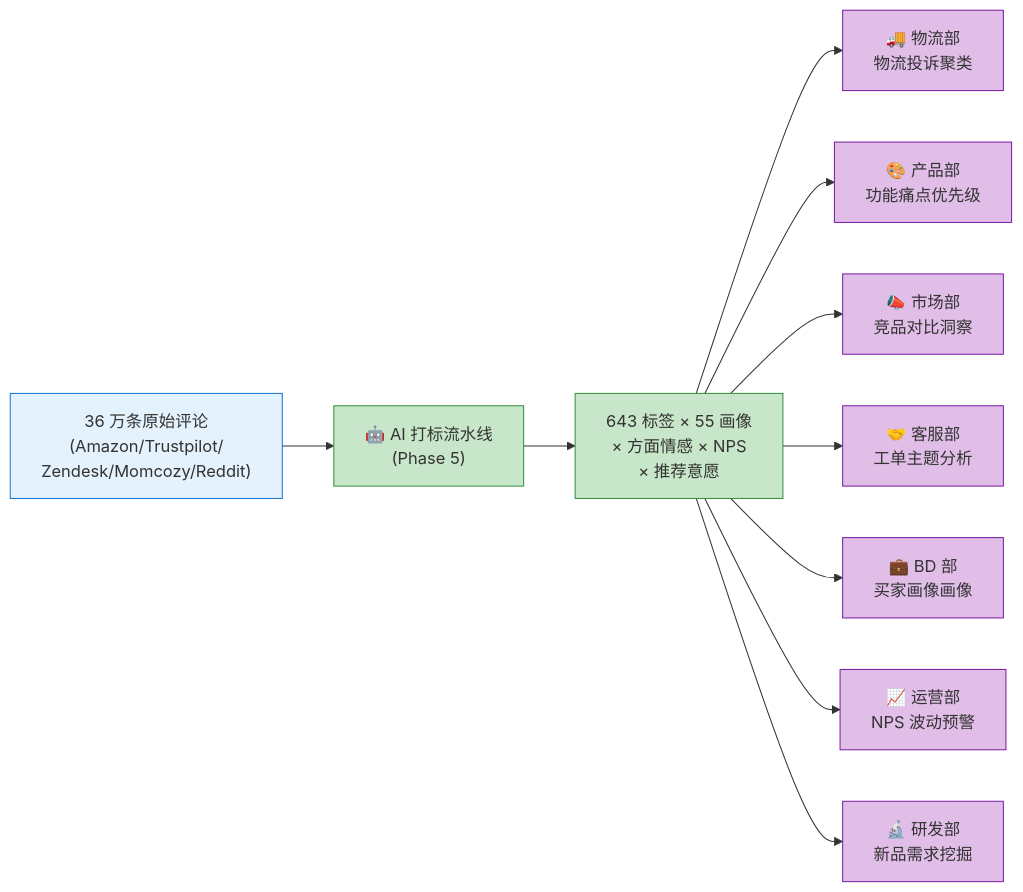
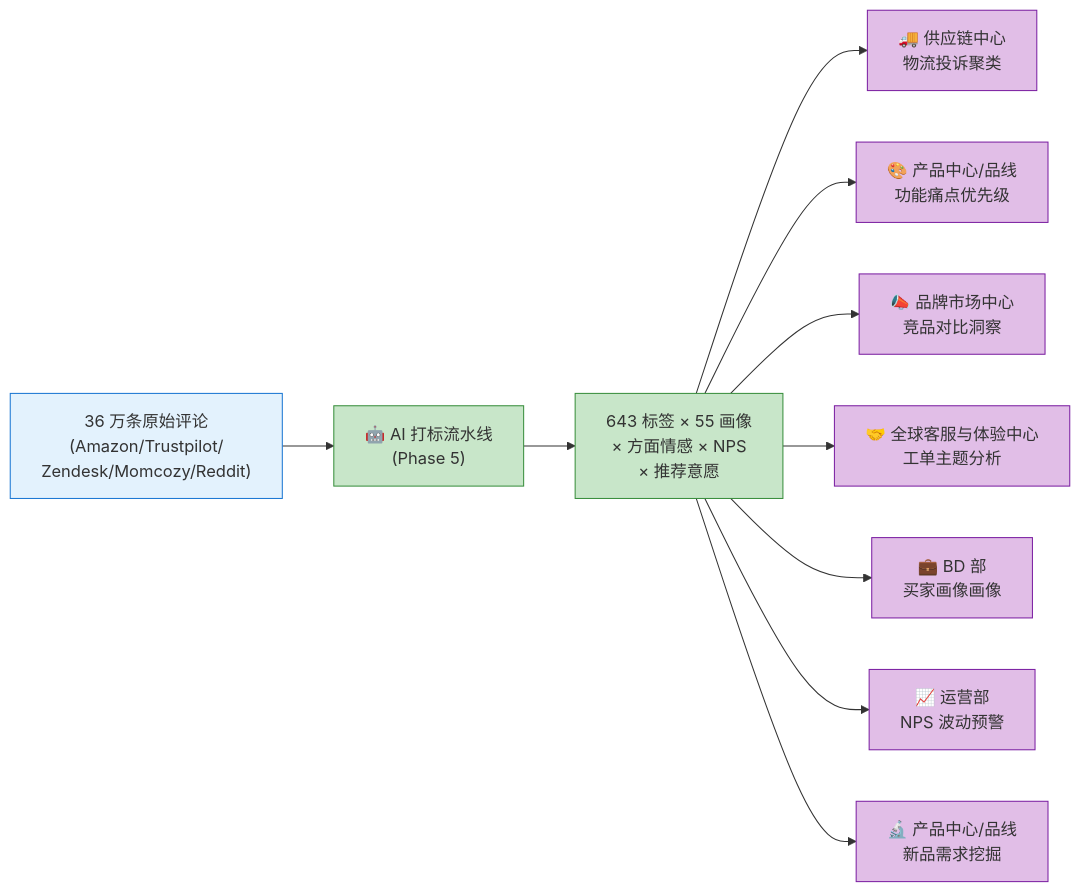
The third of 5 diagrams in paper2skills-vault/07-NLP-VOC/research/01-设计文档/00-Phase5-汇报与复盘/phase5-executive-brief.md (zjgulai/paper_to_skills), drawn with Mermaid before and after one commit. The commit also changed other lines of this file and 341 other files, not shown here.

````diff
--- a/paper2skills-vault/07-NLP-VOC/research/01-设计文档/00-Phase5-汇报与复盘/phase5-executive-brief.md
+++ b/paper2skills-vault/07-NLP-VOC/research/01-设计文档/00-Phase5-汇报与复盘/phase5-executive-brief.md
@@ -465,23 +465,23 @@
 ```mermaid
 flowchart LR
     classDef raw fill:#e3f2fd,stroke:#1976d2
     classDef mid fill:#c8e6c9,stroke:#388e3c
     classDef dept fill:#e1bee7,stroke:#7b1fa2
 
     VOC["36 万条原始评论<br/>(Amazon/Trustpilot/<br/>Zendesk/Momcozy/Reddit)"]:::raw
 
     AI["🤖 AI 打标流水线<br/>(Phase 5)"]:::mid
 
     Tag["643 标签 × 55 画像<br/>× 方面情感 × NPS<br/>× 推荐意愿"]:::mid
 
-    D1["🚚 物流部<br/>物流投诉聚类"]:::dept
-    D2["🎨 产品部<br/>功能痛点优先级"]:::dept
-    D3["📣 市场部<br/>竞品对比洞察"]:::dept
-    D4["🤝 客服部<br/>工单主题分析"]:::dept
+    D1["🚚 供应链中心<br/>物流投诉聚类"]:::dept
+    D2["🎨 产品中心/品线<br/>功能痛点优先级"]:::dept
+    D3["📣 品牌市场中心<br/>竞品对比洞察"]:::dept
+    D4["🤝 全球客服与体验中心<br/>工单主题分析"]:::dept
     D5["💼 BD 部<br/>买家画像画像"]:::dept
     D6["📈 运营部<br/>NPS 波动预警"]:::dept
-    D7["🔬 研发部<br/>新品需求挖掘"]:::dept
+    D7["🔬 产品中心/品线<br/>新品需求挖掘"]:::dept
 
     VOC --> AI --> Tag
     Tag --> D1 & D2 & D3 & D4 & D5 & D6 & D7
 ```
````
